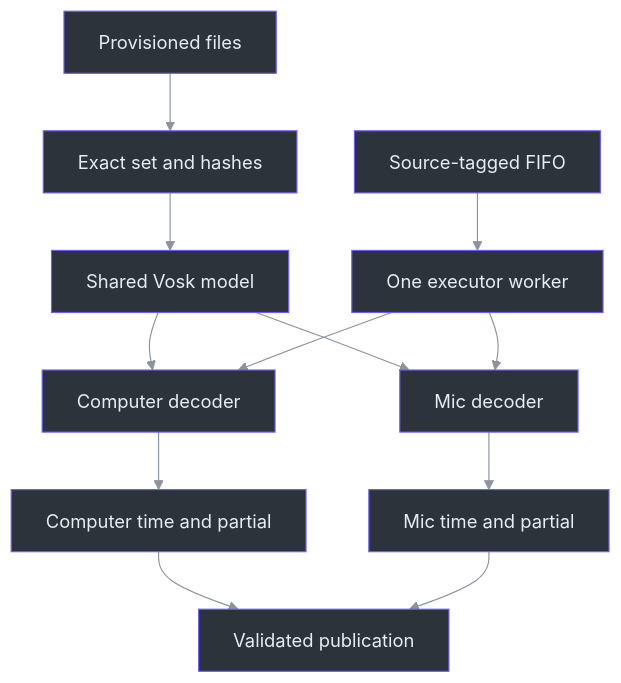
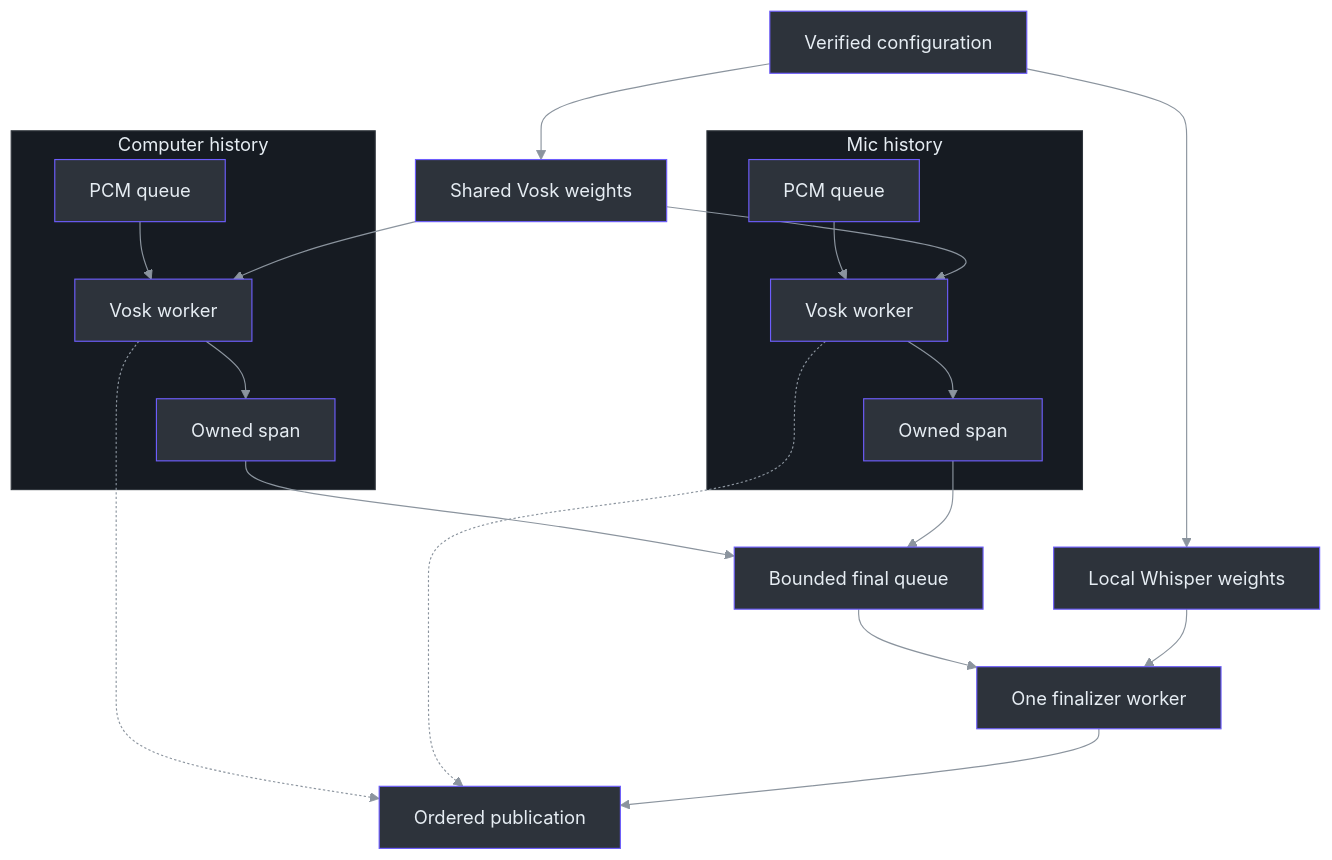
The first of 2 diagrams in docs/handbook/09-python-recognition.md (Zanark/phantom-fudge), drawn with Mermaid before and after one commit. The commit also changed other lines of this file and 371 other files, not shown here.

````diff
--- a/docs/handbook/09-python-recognition.md
+++ b/docs/handbook/09-python-recognition.md
@@ -33,30 +35,42 @@
 ```mermaid
 ---
 config: {"theme":"base","themeVariables":{"primaryColor":"#2d333b","primaryBorderColor":"#6d5dfc","primaryTextColor":"#e6edf3","lineColor":"#8b949e","clusterBkg":"#161b22","clusterBorder":"#30363d"}}
 ---
 flowchart TB
-    accTitle: Model identity and mutable decoder ownership
-    accDescr: Verified files create one model, while Computer and Mic retain separate decoder histories serialized on one executor.
-    F["Provisioned files"] --> V["Exact set and hashes"]
-    V --> M["Shared Vosk model"]
-    M --> C["Computer decoder"]
-    M --> D["Mic decoder"]
-    Q["Source-tagged FIFO"] --> W["One executor worker"]
-    W --> C
-    W --> D
-    C --> CS["Computer time and partial"]
-    D --> MS["Mic time and partial"]
-    CS --> P["Validated publication"]
-    MS --> P
-    style F fill:#2d333b,stroke:#6d5dfc,color:#e6edf3
+    accTitle: Independent provisional work and one bounded finalizer
+    accDescr: Verified Vosk weights serve separate source workers, their owned spans enter a bounded final queue, and Whisper finals share ordered publication with eligible partials.
+    V["Verified configuration"] --> M["Shared Vosk weights"]
+    V --> H["Local Whisper weights"]
+    subgraph C["Computer history"]
+        CQ["PCM queue"] --> CW["Vosk worker"]
+        CW --> CS["Owned span"]
+    end
+    subgraph D["Mic history"]
+        MQ["PCM queue"] --> MW["Vosk worker"]
+        MW --> MS["Owned span"]
+    end
+    M --> CW
+    M --> MW
+    CS --> Q["Bounded final queue"]
+    MS --> Q
+    Q --> W["One finalizer worker"]
+    H --> W
+    CW -.-> P["Ordered publication"]
+    MW -.-> P
+    W --> P
     style V fill:#2d333b,stroke:#6d5dfc,color:#e6edf3
     style M fill:#2d333b,stroke:#6d5dfc,color:#e6edf3
-    style C fill:#2d333b,stroke:#6d5dfc,color:#e6edf3
-    style D fill:#2d333b,stroke:#6d5dfc,color:#e6edf3
+    style H fill:#2d333b,stroke:#6d5dfc,color:#e6edf3
+    style CQ fill:#2d333b,stroke:#6d5dfc,color:#e6edf3
+    style CW fill:#2d333b,stroke:#6d5dfc,color:#e6edf3
+    style MQ fill:#2d333b,stroke:#6d5dfc,color:#e6edf3
+    style MW fill:#2d333b,stroke:#6d5dfc,color:#e6edf3
     style Q fill:#2d333b,stroke:#6d5dfc,color:#e6edf3
     style W fill:#2d333b,stroke:#6d5dfc,color:#e6edf3
     style CS fill:#2d333b,stroke:#6d5dfc,color:#e6edf3
     style MS fill:#2d333b,stroke:#6d5dfc,color:#e6edf3
     style P fill:#2d333b,stroke:#6d5dfc,color:#e6edf3
+    style C fill:#161b22,stroke:#30363d,color:#e6edf3
+    style D fill:#161b22,stroke:#30363d,color:#e6edf3
     linkStyle default stroke:#8b949e
 ```
````
